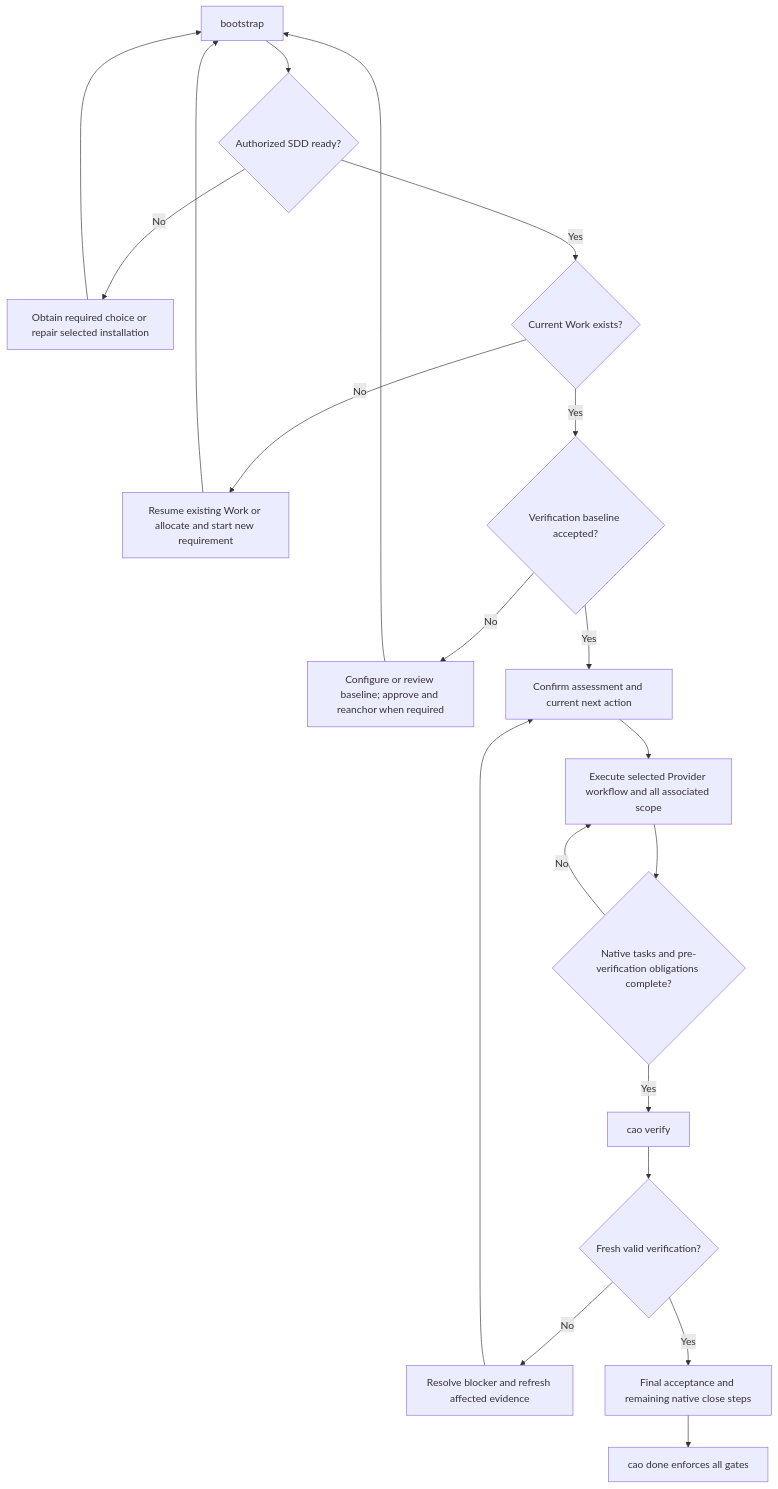
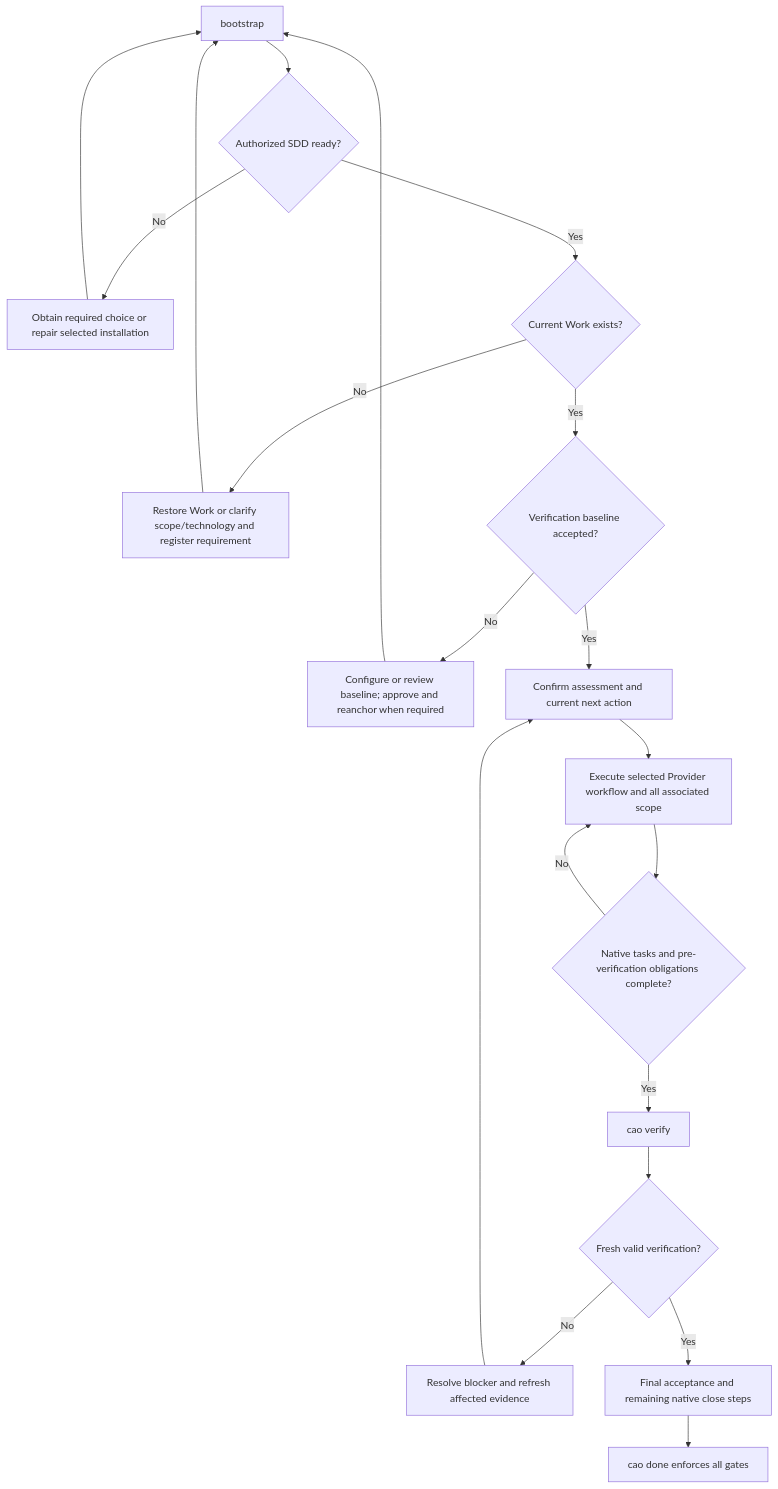
The diagram in SKILL.md (wymix-tech/coding-agent-orchestrator), drawn with Mermaid before and after one commit. The commit also changed other lines of this file and 12 other files, not shown here.

Commit message:
fix: clarify technology authorization before requirement intake

````diff
--- a/SKILL.md
+++ b/SKILL.md
@@ -49,22 +49,22 @@
 ```mermaid
 flowchart TD
     A["bootstrap"] --> B{"Authorized SDD ready?"}
     B -->|No| C["Obtain required choice or repair selected installation"]
     C --> A
     B -->|Yes| D{"Current Work exists?"}
-    D -->|No| E["Resume existing Work or allocate and start new requirement"]
+    D -->|No| E["Restore Work or clarify scope/technology and register requirement"]
     E --> A
     D -->|Yes| F{"Verification baseline accepted?"}
     F -->|No| G["Configure or review baseline; approve and reanchor when required"]
     G --> A
     F -->|Yes| H["Confirm assessment and current next action"]
     H --> I["Execute selected Provider workflow and all associated scope"]
     I --> J{"Native tasks and pre-verification obligations complete?"}
     J -->|No| I
     J -->|Yes| K["cao verify"]
     K --> L{"Fresh valid verification?"}
     L -->|No| M["Resolve blocker and refresh affected evidence"]
     M --> H
     L -->|Yes| N["Final acceptance and remaining native close steps"]
     N --> O["cao done enforces all gates"]
 ```
````
